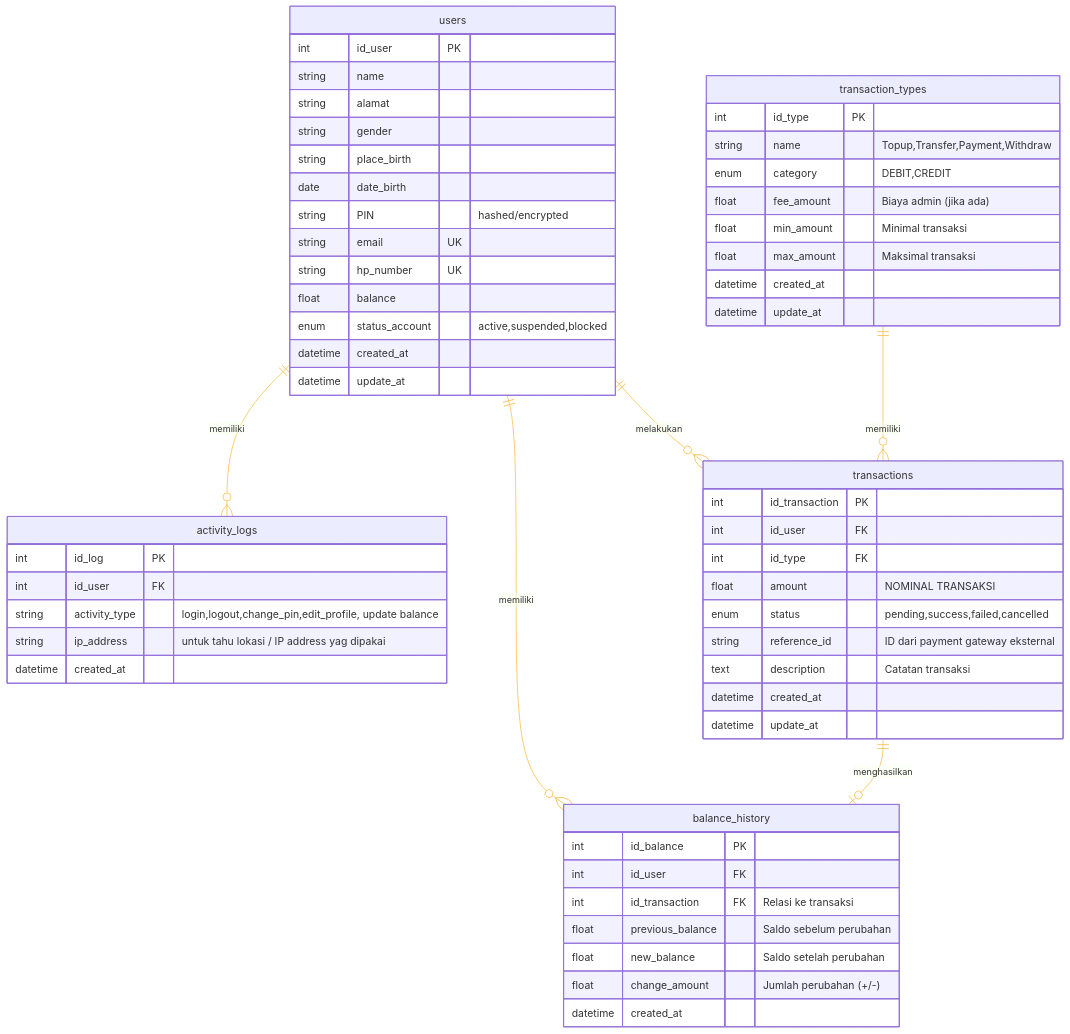
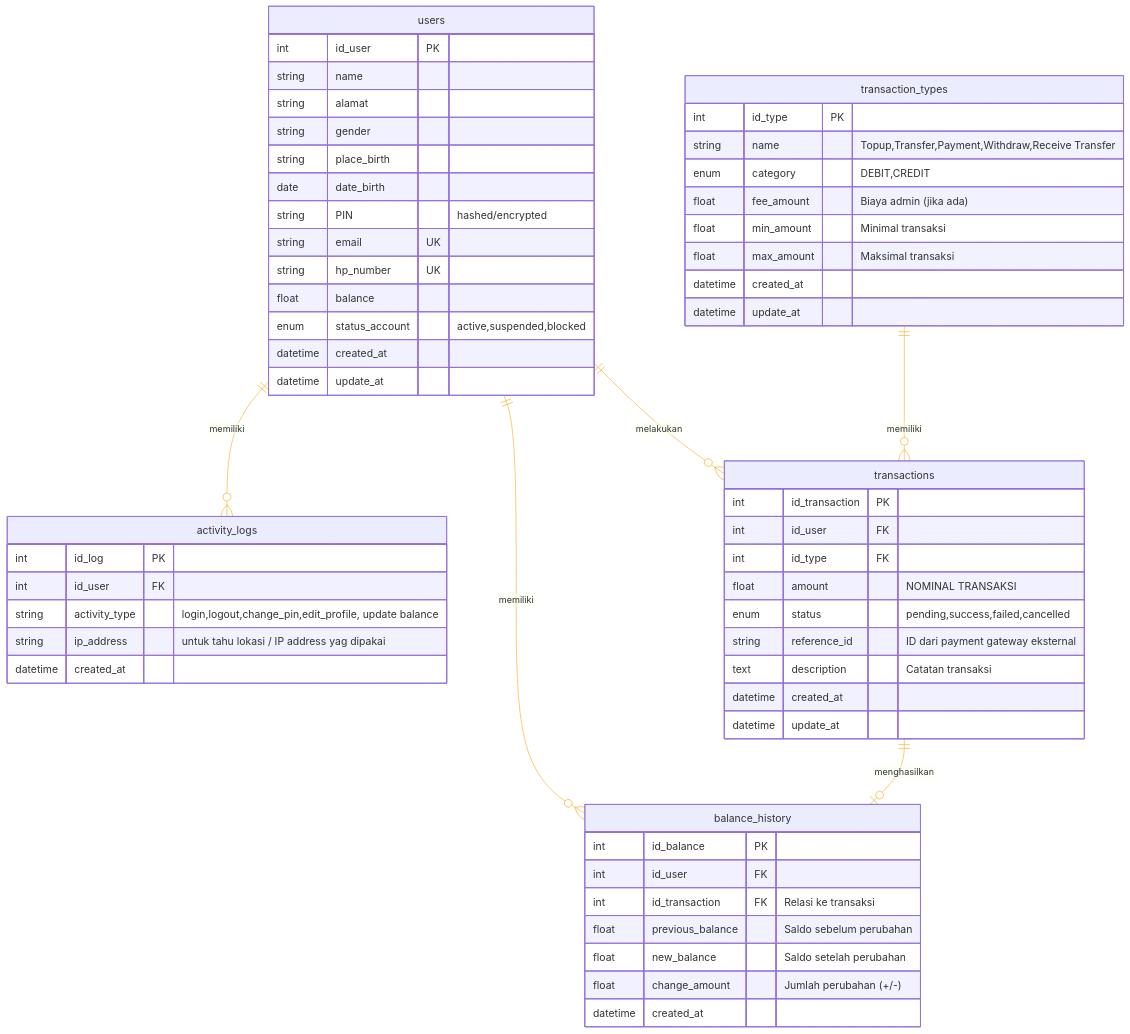
Before and after one commit to dimastadeoo/koda-b8-db2: the diagram in readme.md, drawn with Mermaid.

Commit message:
docs: Update transaction types in ERD to include 'Receive Transfer'

````diff
--- a/readme.md
+++ b/readme.md
@@ -5,73 +5,73 @@
 ```mermaid
 ---
 config:
     theme: 'default'
     themeVariables:
         lineColor: '#F8B229'
 ---
 erDiagram
     users {
         int id_user PK
         string name
         string alamat
         string gender
         string place_birth
         date date_birth
         string PIN "hashed/encrypted"
         string email UK
         string hp_number UK
         float balance
         enum status_account "active,suspended,blocked"
         datetime created_at
         datetime update_at
     }
 
     activity_logs {
         int id_log PK
         int id_user FK
         string activity_type "login,logout,change_pin,edit_profile, update balance"
         string ip_address "untuk tahu lokasi / IP address yag dipakai"
         datetime created_at
     }
 
     transactions {
         int id_transaction PK
         int id_user FK
         int id_type FK
         float amount "NOMINAL TRANSAKSI"
         enum status "pending,success,failed,cancelled"
         string reference_id "ID dari payment gateway eksternal"
         text description "Catatan transaksi"
         datetime created_at
         datetime update_at
     }
 
     transaction_types {
         int id_type PK
-        string name "Topup,Transfer,Payment,Withdraw"
+        string name "Topup,Transfer,Payment,Withdraw,Receive Transfer"
         enum category "DEBIT,CREDIT"
         float fee_amount "Biaya admin (jika ada)"
         float min_amount "Minimal transaksi"
         float max_amount "Maksimal transaksi"
         datetime created_at
         datetime update_at
     }
 
     balance_history {
         int id_balance PK
         int id_user FK
         int id_transaction FK "Relasi ke transaksi"
         float previous_balance "Saldo sebelum perubahan"
         float new_balance "Saldo setelah perubahan"
         float change_amount "Jumlah perubahan (+/-)"
         datetime created_at
     }
 
     %% RELASI
     users ||--o{ transactions : "melakukan"
     users ||--o{ activity_logs : "memiliki"
     users ||--o{ balance_history : "memiliki"
     transaction_types ||--o{ transactions : "memiliki"
     transactions ||--o| balance_history : "menghasilkan"
 
 ```
````
